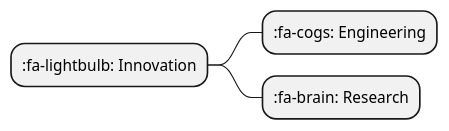
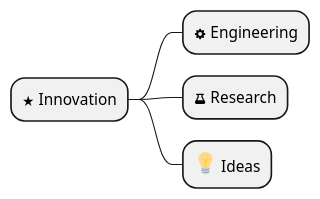
The sixth of 9 diagrams in skills/diagrammer/specs/plantuml/plantuml_mindmap.md (hgrabows/diagrammer-skills), drawn with PlantUML before and after one commit. The commit also changed other lines of this file and 127 other files, not shown here.

First line of the commit message:
feat: audit all specs, add example gallery, fix PlantUML and Gantt rendering

````diff
--- a/skills/diagrammer/specs/plantuml/plantuml_mindmap.md
+++ b/skills/diagrammer/specs/plantuml/plantuml_mindmap.md
@@ -108,7 +133,8 @@
 ```plantuml
 @startmindmap
-* :fa-lightbulb: Innovation
-** :fa-cogs: Engineering
-** :fa-brain: Research
+* <&star> Innovation
+** <&cog> Engineering
+** <&beaker> Research
+** <:bulb:> Ideas
 @endmindmap
 ```
````
